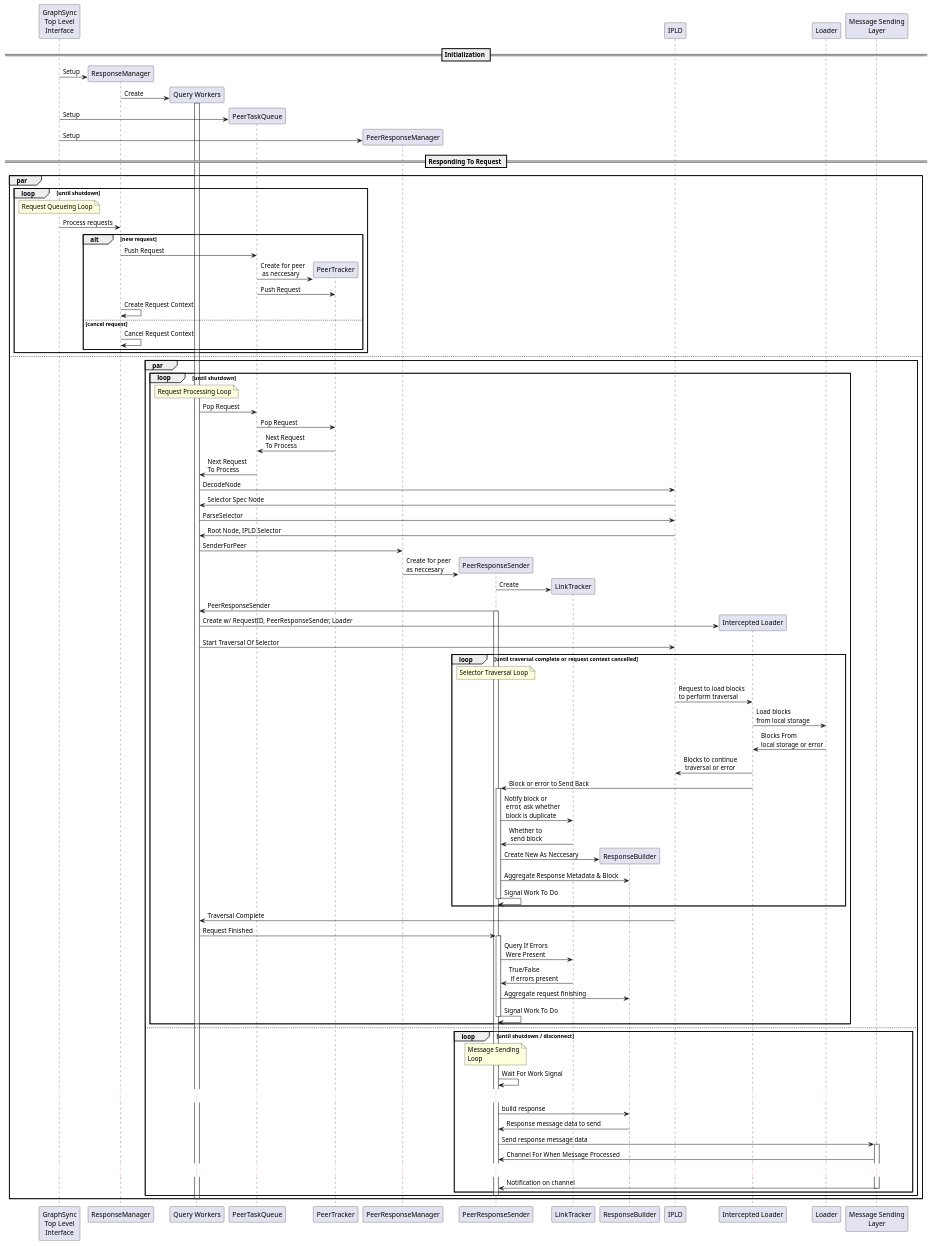
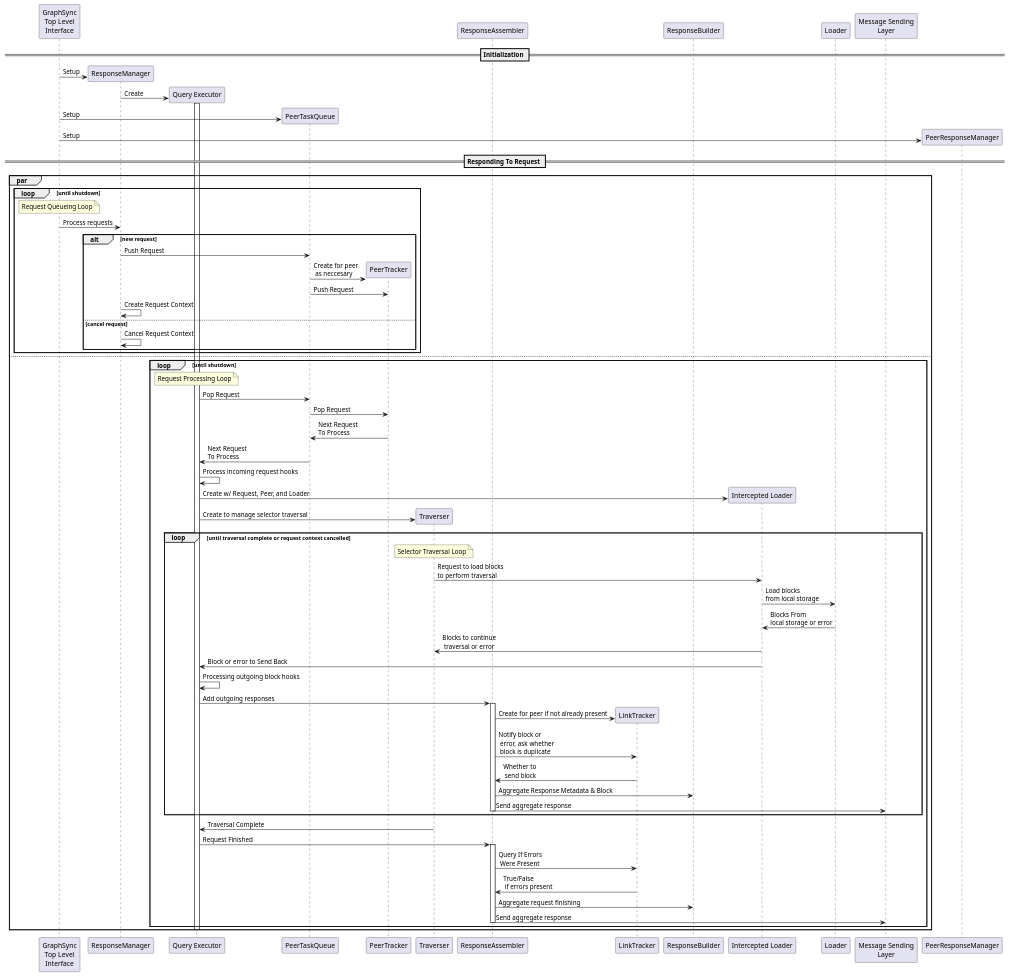
The diagram in docs/responder-sequence.puml (ipfs/go-graphsync), drawn with PlantUML before and after one commit. The commit also changed 4 other files, not shown here.

Commit message:
docs(architecture): update architecture docs

```diff
--- a/docs/responder-sequence.puml
+++ b/docs/responder-sequence.puml
@@ -1,100 +1,76 @@
 @startuml Responding To A Request
 participant "GraphSync\nTop Level\nInterface" as TLI
 participant ResponseManager
-participant "Query Workers" as QW
+participant "Query Executor" as QW
 participant PeerTaskQueue
 participant PeerTracker
-participant PeerResponseManager
-participant PeerResponseSender
+participant Traverser
+participant ResponseAssembler
 participant LinkTracker
 participant ResponseBuilder
-participant IPLD
 participant "Intercepted Loader" as ILoader
 participant Loader
 participant "Message Sending\nLayer" as Message
 
 == Initialization ==
 
 TLI -> ResponseManager ** : Setup
 ResponseManager -> QW ** : Create
 activate QW
 TLI -> PeerTaskQueue ** : Setup
 TLI -> PeerResponseManager ** : Setup
 
 == Responding To Request ==
 
 par
 loop until shutdown
 note over TLI : Request Queueing Loop
 TLI -> ResponseManager : Process requests
 alt new request
 ResponseManager -> PeerTaskQueue : Push Request
 PeerTaskQueue -> PeerTracker ** : Create for peer\n as neccesary
 PeerTaskQueue -> PeerTracker : Push Request
 ResponseManager -> ResponseManager : Create Request Context
 else cancel request
 ResponseManager -> ResponseManager : Cancel Request Context
 end
 end
 else
-par
 loop until shutdown
 note over QW: Request Processing Loop
 QW -> PeerTaskQueue : Pop Request
 PeerTaskQueue -> PeerTracker : Pop Request
 PeerTracker -> PeerTaskQueue : Next Request\nTo Process
 PeerTaskQueue -> QW : Next Request\nTo Process
-QW -> IPLD : DecodeNode
-IPLD -> QW : Selector Spec Node
-QW -> IPLD : ParseSelector
-IPLD -> QW : Root Node, IPLD Selector
-QW -> PeerResponseManager : SenderForPeer
-PeerResponseManager -> PeerResponseSender ** : Create for peer\nas neccesary
-PeerResponseSender -> LinkTracker ** : Create
-PeerResponseSender -> QW : PeerResponseSender
-activate PeerResponseSender
-QW -> ILoader ** : Create w/ RequestID, PeerResponseSender, Loader
-QW -> IPLD : Start Traversal Of Selector
+QW -> QW : Process incoming request hooks
+QW -> ILoader ** : Create w/ Request, Peer, and Loader
+QW -> Traverser ** : Create to manage selector traversal
 loop until traversal complete or request context cancelled
-note over PeerResponseSender: Selector Traversal Loop
-IPLD -> ILoader : Request to load blocks\nto perform traversal
+note over Traverser: Selector Traversal Loop
+Traverser -> ILoader : Request to load blocks\nto perform traversal
 ILoader -> Loader : Load blocks\nfrom local storage
 Loader -> ILoader : Blocks From\nlocal storage or error
-ILoader -> IPLD : Blocks to continue\n traversal or error
-ILoader -> PeerResponseSender : Block or error to Send Back
-activate PeerResponseSender
-PeerResponseSender -> LinkTracker : Notify block or\n error, ask whether\n block is duplicate
-LinkTracker -> PeerResponseSender : Whether to\n send block
-PeerResponseSender -> ResponseBuilder ** : Create New As Neccesary
-PeerResponseSender -> ResponseBuilder : Aggregate Response Metadata & Block
-PeerResponseSender -> PeerResponseSender : Signal Work To Do
-deactivate PeerResponseSender
+ILoader -> Traverser : Blocks to continue\n traversal or error
+ILoader -> QW : Block or error to Send Back
+QW -> QW: Processing outgoing block hooks
+QW -> ResponseAssembler: Add outgoing responses
+activate ResponseAssembler
+ResponseAssembler -> LinkTracker ** : Create for peer if not already present
+ResponseAssembler -> LinkTracker : Notify block or\n error, ask whether\n block is duplicate
+LinkTracker -> ResponseAssembler : Whether to\n send block
+ResponseAssembler -> ResponseBuilder : Aggregate Response Metadata & Block
+ResponseAssembler -> Message : Send aggregate response
+deactivate ResponseAssembler
 end
-IPLD -> QW : Traversal Complete
-QW -> PeerResponseSender : Request Finished
-activate PeerResponseSender
-PeerResponseSender -> LinkTracker : Query If Errors\n Were Present
-LinkTracker -> PeerResponseSender : True/False\n if errors present
-PeerResponseSender -> ResponseBuilder : Aggregate request finishing
-PeerResponseSender -> PeerResponseSender : Signal Work To Do
-deactivate PeerResponseSender
-end
-else
-loop until shutdown / disconnect
-note over PeerResponseSender: Message Sending\nLoop
-PeerResponseSender -> PeerResponseSender : Wait For Work Signal
-...
-PeerResponseSender -> ResponseBuilder : build response
-ResponseBuilder -> PeerResponseSender : Response message data to send
-PeerResponseSender -> Message : Send response message data
-activate Message
-Message -> PeerResponseSender : Channel For When Message Processed
-...
-Message -> PeerResponseSender : Notification on channel
-deactivate Message
-end
-deactivate PeerResponseSender
+Traverser -> QW : Traversal Complete
+QW -> ResponseAssembler : Request Finished
+activate ResponseAssembler
+ResponseAssembler -> LinkTracker : Query If Errors\n Were Present
+LinkTracker -> ResponseAssembler : True/False\n if errors present
+ResponseAssembler -> ResponseBuilder : Aggregate request finishing
+ResponseAssembler -> Message : Send aggregate response
+deactivate ResponseAssembler
 end
 deactivate QW
 end
 @enduml
```
